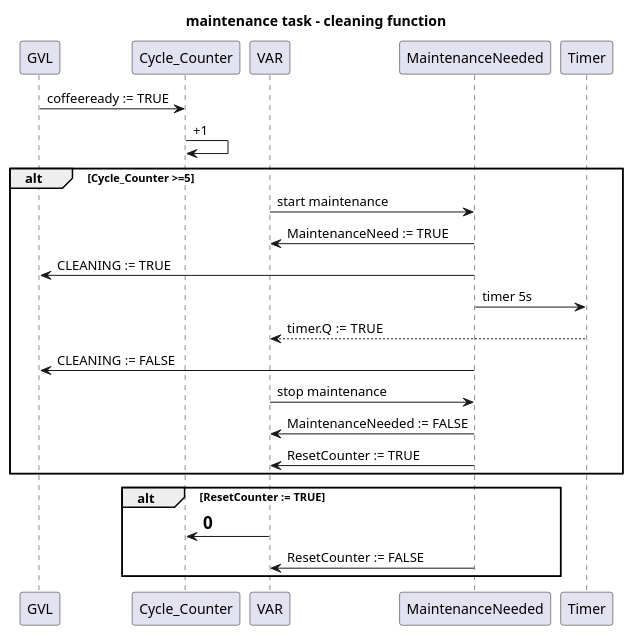
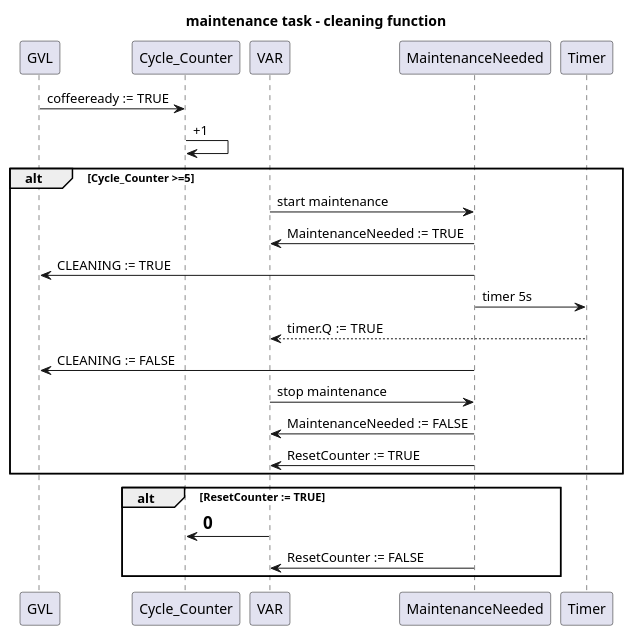
One commit to MicheleBossini/virtual-PLC changed the diagram in mdbook/src/chapter_3.md. Above: the diagram before and after it, drawn with PlantUML. The commit also changed 1 other file, not shown here.

Commit message:
corrected some words

````diff
--- a/mdbook/src/chapter_3.md
+++ b/mdbook/src/chapter_3.md
@@ -8,26 +8,26 @@
 ```plantuml
 @startuml
 title maintenance task - cleaning function
 
 GVL -> Cycle_Counter : coffeeready := TRUE
 Cycle_Counter -> Cycle_Counter : +1
 
 alt Cycle_Counter >=5 
 VAR -> MaintenanceNeeded : start maintenance
-MaintenanceNeeded -> VAR : MaintenanceNeed := TRUE
+MaintenanceNeeded -> VAR : MaintenanceNeeded := TRUE
 MaintenanceNeeded -> GVL : CLEANING := TRUE
 MaintenanceNeeded -> Timer : timer 5s
 Timer --> VAR : timer.Q := TRUE
 MaintenanceNeeded -> GVL : CLEANING := FALSE
 VAR -> MaintenanceNeeded : stop maintenance
 MaintenanceNeeded -> VAR: MaintenanceNeeded := FALSE
 MaintenanceNeeded -> VAR : ResetCounter := TRUE
 end
 alt ResetCounter := TRUE
 VAR -> Cycle_Counter : =0
 MaintenanceNeeded -> VAR : ResetCounter := FALSE
 
 end
 
 @enduml
 ```
````
